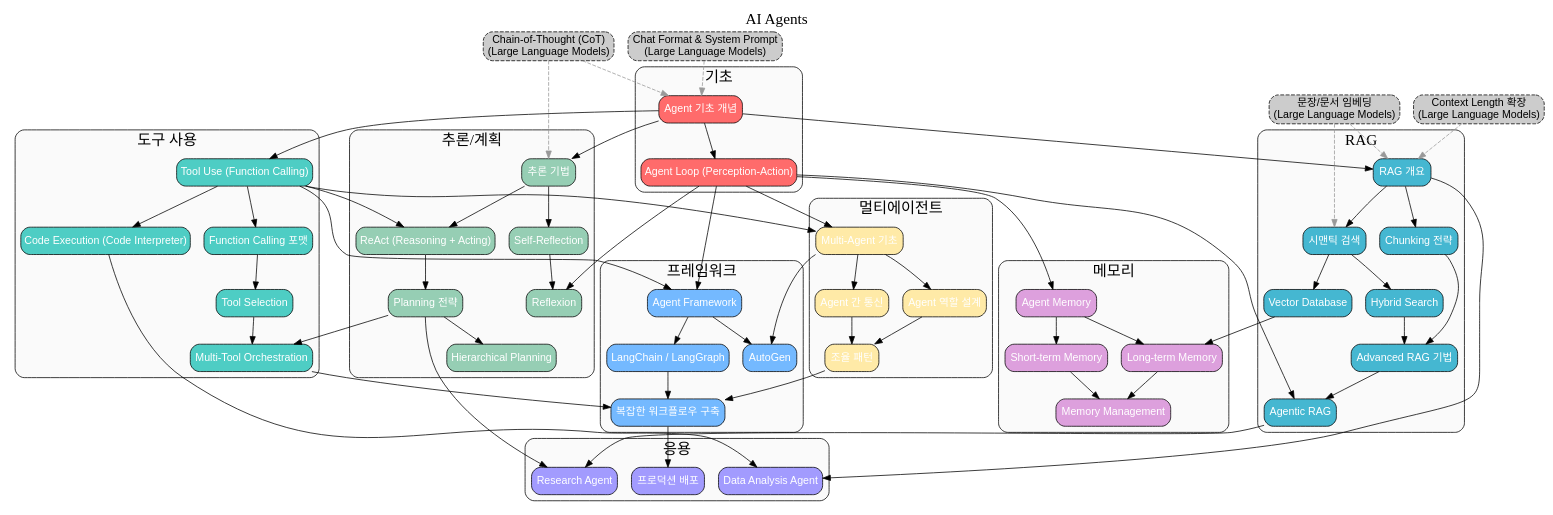
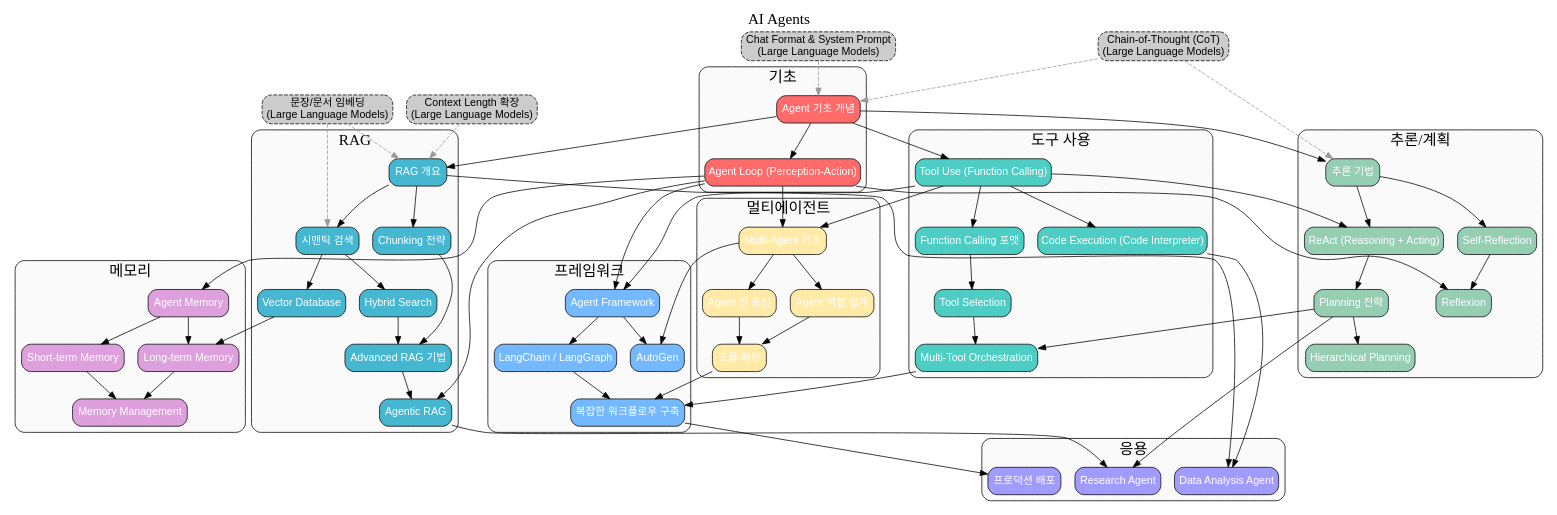
The diagram in outputs/agent_graph.dot (not-for-me/ai-learning-graph), drawn with Graphviz before and after one commit. The commit also changed other lines of this file and 21 other files, not shown here.

```diff
--- a/outputs/agent_graph.dot
+++ b/outputs/agent_graph.dot
@@ -1,154 +1,154 @@
 digraph agent {
     rankdir=TB;
     node [shape=box, style="rounded,filled", fontname="Arial"];
     edge [fontname="Arial"];
     label="AI Agents";
     labelloc=t;
     fontsize=20;
+
+    subgraph cluster_agent_memory {
+        label="메모리";
+        style=rounded;
+        bgcolor="#fafafa";
+        agent_agent_memory [label="Agent Memory", fillcolor="#DDA0DD", fontcolor="white"];
+        agent_short_term_memory [label="Short-term Memory", fillcolor="#DDA0DD", fontcolor="white"];
+        agent_long_term_memory [label="Long-term Memory", fillcolor="#DDA0DD", fontcolor="white"];
+        agent_memory_management [label="Memory Management", fillcolor="#DDA0DD", fontcolor="white"];
+    }
 
     subgraph cluster_agent_reasoning {
         label="추론/계획";
         style=rounded;
         bgcolor="#fafafa";
         agent_reasoning_techniques [label="추론 기법", fillcolor="#96CEB4", fontcolor="white"];
         agent_react [label="ReAct (Reasoning + Acting)", fillcolor="#96CEB4", fontcolor="white"];
         agent_self_reflection [label="Self-Reflection", fillcolor="#96CEB4", fontcolor="white"];
         agent_reflexion [label="Reflexion", fillcolor="#96CEB4", fontcolor="white"];
         agent_planning_strategies [label="Planning 전략", fillcolor="#96CEB4", fontcolor="white"];
         agent_hierarchical_planning [label="Hierarchical Planning", fillcolor="#96CEB4", fontcolor="white"];
     }
 
     subgraph cluster_agent_rag {
         label="RAG";
         style=rounded;
         bgcolor="#fafafa";
         agent_rag [label="RAG 개요", fillcolor="#45B7D1", fontcolor="white"];
         agent_semantic_search [label="시맨틱 검색", fillcolor="#45B7D1", fontcolor="white"];
         agent_vector_database [label="Vector Database", fillcolor="#45B7D1", fontcolor="white"];
         agent_chunking_strategies [label="Chunking 전략", fillcolor="#45B7D1", fontcolor="white"];
         agent_hybrid_search [label="Hybrid Search", fillcolor="#45B7D1", fontcolor="white"];
         agent_advanced_rag [label="Advanced RAG 기법", fillcolor="#45B7D1", fontcolor="white"];
         agent_agentic_rag [label="Agentic RAG", fillcolor="#45B7D1", fontcolor="white"];
     }
 
-    subgraph cluster_agent_tools {
-        label="도구 사용";
+    subgraph cluster_agent_multi_agent {
+        label="멀티에이전트";
         style=rounded;
         bgcolor="#fafafa";
-        agent_tool_use [label="Tool Use (Function Calling)", fillcolor="#4ECDC4", fontcolor="white"];
-        agent_function_calling_format [label="Function Calling 포맷", fillcolor="#4ECDC4", fontcolor="white"];
-        agent_tool_selection [label="Tool Selection", fillcolor="#4ECDC4", fontcolor="white"];
-        agent_multi_tool_orchestration [label="Multi-Tool Orchestration", fillcolor="#4ECDC4", fontcolor="white"];
-        agent_code_execution [label="Code Execution (Code Interpreter)", fillcolor="#4ECDC4", fontcolor="white"];
-    }
-
-    subgraph cluster_agent_applications {
-        label="응용";
-        style=rounded;
-        bgcolor="#fafafa";
-        agent_data_analysis_agent [label="Data Analysis Agent", fillcolor="#A29BFE", fontcolor="white"];
-        agent_research_agent [label="Research Agent", fillcolor="#A29BFE", fontcolor="white"];
-        agent_production_deployment [label="프로덕션 배포", fillcolor="#A29BFE", fontcolor="white"];
+        agent_multi_agent_basics [label="Multi-Agent 기초", fillcolor="#FFEAA7", fontcolor="white"];
+        agent_agent_communication [label="Agent 간 통신", fillcolor="#FFEAA7", fontcolor="white"];
+        agent_agent_roles [label="Agent 역할 설계", fillcolor="#FFEAA7", fontcolor="white"];
+        agent_coordination_patterns [label="조율 패턴", fillcolor="#FFEAA7", fontcolor="white"];
     }
 
     subgraph cluster_agent_frameworks {
         label="프레임워크";
         style=rounded;
         bgcolor="#fafafa";
         agent_agent_frameworks [label="Agent Framework", fillcolor="#74B9FF", fontcolor="white"];
         agent_langchain_basics [label="LangChain / LangGraph", fillcolor="#74B9FF", fontcolor="white"];
         agent_autogen_basics [label="AutoGen", fillcolor="#74B9FF", fontcolor="white"];
         agent_complex_workflows [label="복잡한 워크플로우 구축", fillcolor="#74B9FF", fontcolor="white"];
     }
 
-    subgraph cluster_agent_multi_agent {
-        label="멀티에이전트";
+    subgraph cluster_agent_tools {
+        label="도구 사용";
         style=rounded;
         bgcolor="#fafafa";
-        agent_multi_agent_basics [label="Multi-Agent 기초", fillcolor="#FFEAA7", fontcolor="white"];
-        agent_agent_communication [label="Agent 간 통신", fillcolor="#FFEAA7", fontcolor="white"];
-        agent_agent_roles [label="Agent 역할 설계", fillcolor="#FFEAA7", fontcolor="white"];
-        agent_coordination_patterns [label="조율 패턴", fillcolor="#FFEAA7", fontcolor="white"];
+        agent_tool_use [label="Tool Use (Function Calling)", fillcolor="#4ECDC4", fontcolor="white"];
+        agent_function_calling_format [label="Function Calling 포맷", fillcolor="#4ECDC4", fontcolor="white"];
+        agent_tool_selection [label="Tool Selection", fillcolor="#4ECDC4", fontcolor="white"];
+        agent_multi_tool_orchestration [label="Multi-Tool Orchestration", fillcolor="#4ECDC4", fontcolor="white"];
+        agent_code_execution [label="Code Execution (Code Interpreter)", fillcolor="#4ECDC4", fontcolor="white"];
     }
 
     subgraph cluster_agent_fundamentals {
         label="기초";
         style=rounded;
         bgcolor="#fafafa";
         agent_agent_fundamentals [label="Agent 기초 개념", fillcolor="#FF6B6B", fontcolor="white"];
         agent_agent_loop [label="Agent Loop (Perception-Action)", fillcolor="#FF6B6B", fontcolor="white"];
     }
 
-    subgraph cluster_agent_memory {
-        label="메모리";
+    subgraph cluster_agent_applications {
+        label="응용";
         style=rounded;
         bgcolor="#fafafa";
-        agent_agent_memory [label="Agent Memory", fillcolor="#DDA0DD", fontcolor="white"];
-        agent_short_term_memory [label="Short-term Memory", fillcolor="#DDA0DD", fontcolor="white"];
-        agent_long_term_memory [label="Long-term Memory", fillcolor="#DDA0DD", fontcolor="white"];
-        agent_memory_management [label="Memory Management", fillcolor="#DDA0DD", fontcolor="white"];
+        agent_data_analysis_agent [label="Data Analysis Agent", fillcolor="#A29BFE", fontcolor="white"];
+        agent_research_agent [label="Research Agent", fillcolor="#A29BFE", fontcolor="white"];
+        agent_production_deployment [label="프로덕션 배포", fillcolor="#A29BFE", fontcolor="white"];
     }
 
     // External dependencies
-    llm_context_length_extension [label="Context Length 확장\n(Large Language Models)", fillcolor="#cccccc", style="rounded,filled,dashed"];
     llm_sentence_embeddings [label="문장/문서 임베딩\n(Large Language Models)", fillcolor="#cccccc", style="rounded,filled,dashed"];
     llm_chain_of_thought [label="Chain-of-Thought (CoT)\n(Large Language Models)", fillcolor="#cccccc", style="rounded,filled,dashed"];
     llm_chat_format [label="Chat Format & System Prompt\n(Large Language Models)", fillcolor="#cccccc", style="rounded,filled,dashed"];
+    llm_context_length_extension [label="Context Length 확장\n(Large Language Models)", fillcolor="#cccccc", style="rounded,filled,dashed"];
 
     // Edges
     llm_chat_format -> agent_agent_fundamentals [style=dashed, color="#999999"];
     llm_chain_of_thought -> agent_agent_fundamentals [style=dashed, color="#999999"];
     agent_agent_fundamentals -> agent_agent_loop;
     agent_agent_fundamentals -> agent_tool_use;
     agent_tool_use -> agent_function_calling_format;
     agent_function_calling_format -> agent_tool_selection;
     agent_tool_selection -> agent_multi_tool_orchestration;
     agent_planning_strategies -> agent_multi_tool_orchestration;
     agent_tool_use -> agent_code_execution;
     agent_agent_fundamentals -> agent_rag;
     llm_sentence_embeddings -> agent_rag [style=dashed, color="#999999"];
     llm_context_length_extension -> agent_rag [style=dashed, color="#999999"];
     agent_rag -> agent_semantic_search;
     llm_sentence_embeddings -> agent_semantic_search [style=dashed, color="#999999"];
     agent_semantic_search -> agent_vector_database;
     agent_rag -> agent_chunking_strategies;
     agent_semantic_search -> agent_hybrid_search;
     agent_chunking_strategies -> agent_advanced_rag;
     agent_hybrid_search -> agent_advanced_rag;
     agent_advanced_rag -> agent_agentic_rag;
     agent_agent_loop -> agent_agentic_rag;
     agent_agent_fundamentals -> agent_reasoning_techniques;
     llm_chain_of_thought -> agent_reasoning_techniques [style=dashed, color="#999999"];
     agent_reasoning_techniques -> agent_react;
     agent_tool_use -> agent_react;
     agent_reasoning_techniques -> agent_self_reflection;
     agent_self_reflection -> agent_reflexion;
     agent_agent_loop -> agent_reflexion;
     agent_react -> agent_planning_strategies;
     agent_planning_strategies -> agent_hierarchical_planning;
     agent_agent_loop -> agent_agent_memory;
     agent_agent_memory -> agent_short_term_memory;
     agent_agent_memory -> agent_long_term_memory;
     agent_vector_database -> agent_long_term_memory;
     agent_short_term_memory -> agent_memory_management;
     agent_long_term_memory -> agent_memory_management;
     agent_agent_loop -> agent_multi_agent_basics;
     agent_tool_use -> agent_multi_agent_basics;
     agent_multi_agent_basics -> agent_agent_communication;
     agent_multi_agent_basics -> agent_agent_roles;
     agent_agent_communication -> agent_coordination_patterns;
     agent_agent_roles -> agent_coordination_patterns;
     agent_agent_loop -> agent_agent_frameworks;
     agent_tool_use -> agent_agent_frameworks;
     agent_agent_frameworks -> agent_langchain_basics;
     agent_agent_frameworks -> agent_autogen_basics;
     agent_multi_agent_basics -> agent_autogen_basics;
     agent_multi_tool_orchestration -> agent_complex_workflows;
     agent_coordination_patterns -> agent_complex_workflows;
     agent_langchain_basics -> agent_complex_workflows;
     agent_code_execution -> agent_data_analysis_agent;
     agent_rag -> agent_data_analysis_agent;
     agent_agentic_rag -> agent_research_agent;
     agent_planning_strategies -> agent_research_agent;
     agent_complex_workflows -> agent_production_deployment;
 }
```
